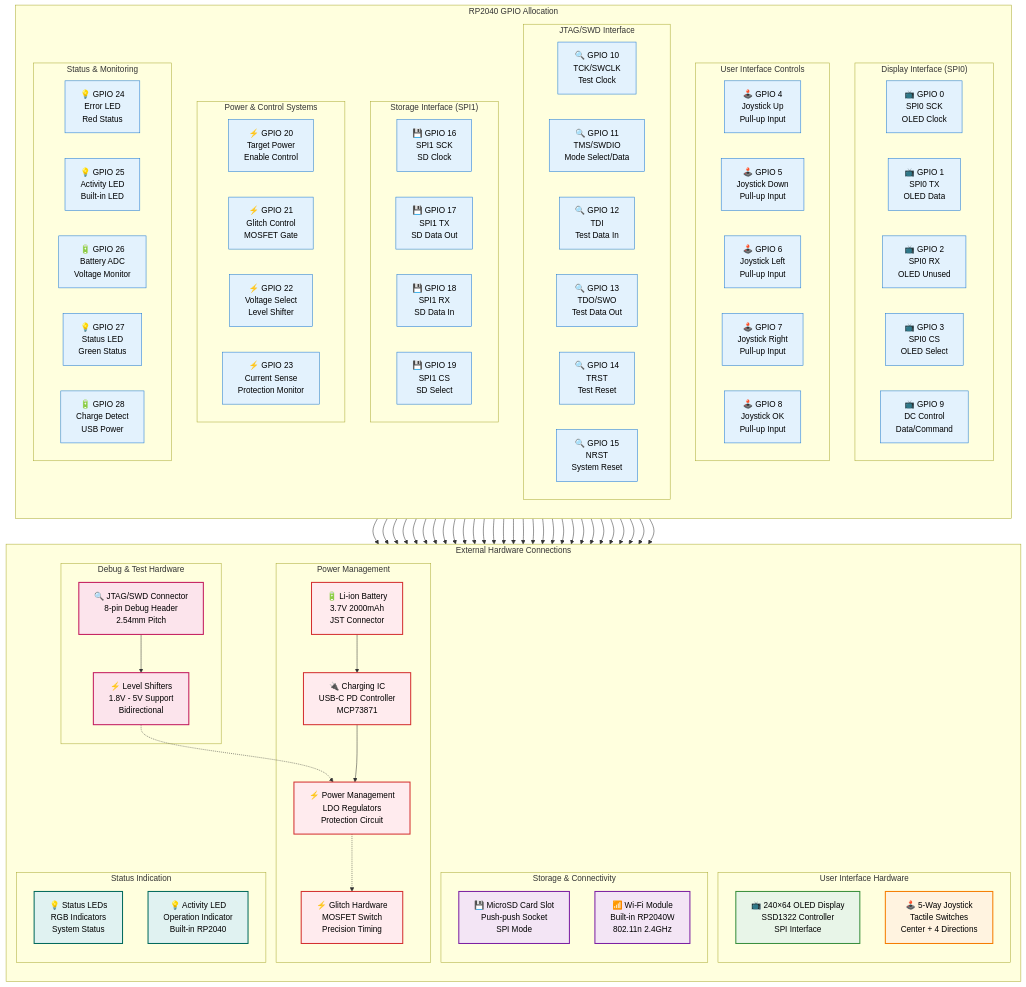
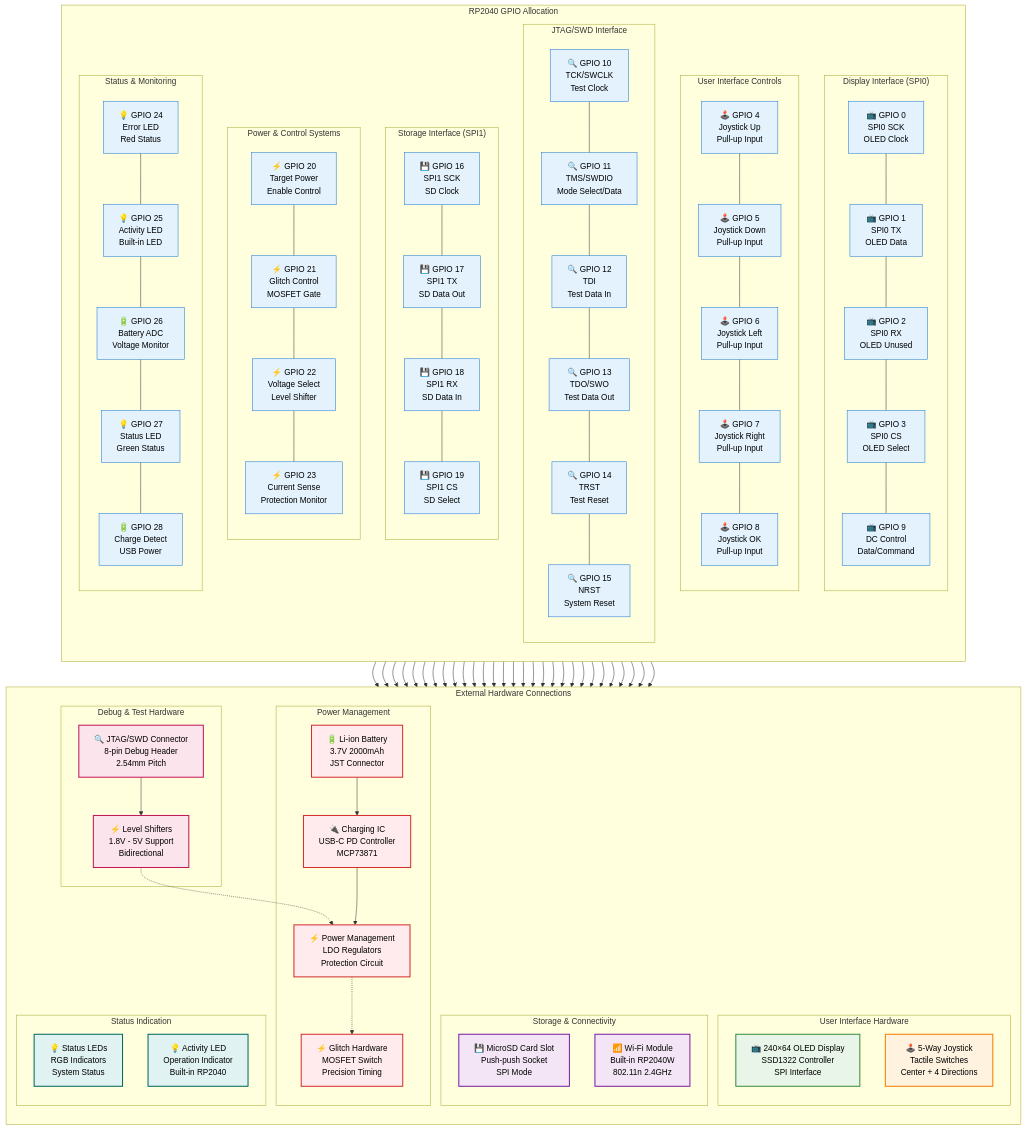
The ninth of 10 diagrams in README.md (seedon198/KISS), drawn with Mermaid before and after one commit.

Commit message:
📐 Improve GPIO mapping diagram readability
- Convert horizontal layout to vertical layout for better mobile readability
- Add connection lines between related GPIO pins within subgroups
- Maintain grouping and color scheme consistency
- Enhance visual flow and logical organization of pin mappings
- Improve accessibility on smaller screens and documentation viewers

```diff
--- a/README.md
+++ b/README.md
@@ -821,56 +821,85 @@
         direction TB
         
         subgraph "Display Interface (SPI0)"
-            direction LR
+            direction TB
             G0[📺 GPIO 0<br/>SPI0 SCK<br/>OLED Clock]
             G1[📺 GPIO 1<br/>SPI0 TX<br/>OLED Data]
             G2[📺 GPIO 2<br/>SPI0 RX<br/>OLED Unused]
             G3[📺 GPIO 3<br/>SPI0 CS<br/>OLED Select]
             G9[📺 GPIO 9<br/>DC Control<br/>Data/Command]
+            
+            G0 --- G1
+            G1 --- G2
+            G2 --- G3
+            G3 --- G9
         end
         
         subgraph "User Interface Controls"
-            direction LR
+            direction TB
             G4[🕹️ GPIO 4<br/>Joystick Up<br/>Pull-up Input]
             G5[🕹️ GPIO 5<br/>Joystick Down<br/>Pull-up Input]
             G6[🕹️ GPIO 6<br/>Joystick Left<br/>Pull-up Input]
             G7[🕹️ GPIO 7<br/>Joystick Right<br/>Pull-up Input]
             G8[🕹️ GPIO 8<br/>Joystick OK<br/>Pull-up Input]
+            
+            G4 --- G5
+            G5 --- G6
+            G6 --- G7
+            G7 --- G8
         end
         
         subgraph "JTAG/SWD Interface"
-            direction LR
+            direction TB
             G10[🔍 GPIO 10<br/>TCK/SWCLK<br/>Test Clock]
             G11[🔍 GPIO 11<br/>TMS/SWDIO<br/>Mode Select/Data]
             G12[🔍 GPIO 12<br/>TDI<br/>Test Data In]
             G13[🔍 GPIO 13<br/>TDO/SWO<br/>Test Data Out]
             G14[🔍 GPIO 14<br/>TRST<br/>Test Reset]
             G15[🔍 GPIO 15<br/>NRST<br/>System Reset]
+            
+            G10 --- G11
+            G11 --- G12
+            G12 --- G13
+            G13 --- G14
+            G14 --- G15
         end
         
         subgraph "Storage Interface (SPI1)"
-            direction LR
+            direction TB
             G16[💾 GPIO 16<br/>SPI1 SCK<br/>SD Clock]
             G17[💾 GPIO 17<br/>SPI1 TX<br/>SD Data Out]
             G18[💾 GPIO 18<br/>SPI1 RX<br/>SD Data In]
             G19[💾 GPIO 19<br/>SPI1 CS<br/>SD Select]
+            
+            G16 --- G17
+            G17 --- G18
+            G18 --- G19
         end
         
         subgraph "Power & Control Systems"
-            direction LR
+            direction TB
             G20[⚡ GPIO 20<br/>Target Power<br/>Enable Control]
             G21[⚡ GPIO 21<br/>Glitch Control<br/>MOSFET Gate]
             G22[⚡ GPIO 22<br/>Voltage Select<br/>Level Shifter]
             G23[⚡ GPIO 23<br/>Current Sense<br/>Protection Monitor]
+            
+            G20 --- G21
+            G21 --- G22
+            G22 --- G23
         end
         
         subgraph "Status & Monitoring"
-            direction LR
+            direction TB
             G24[💡 GPIO 24<br/>Error LED<br/>Red Status]
             G25[💡 GPIO 25<br/>Activity LED<br/>Built-in LED]
             G26[🔋 GPIO 26<br/>Battery ADC<br/>Voltage Monitor]
             G27[💡 GPIO 27<br/>Status LED<br/>Green Status]
             G28[🔋 GPIO 28<br/>Charge Detect<br/>USB Power]
+            
+            G24 --- G25
+            G25 --- G26
+            G26 --- G27
+            G27 --- G28
         end
     end
     
```
